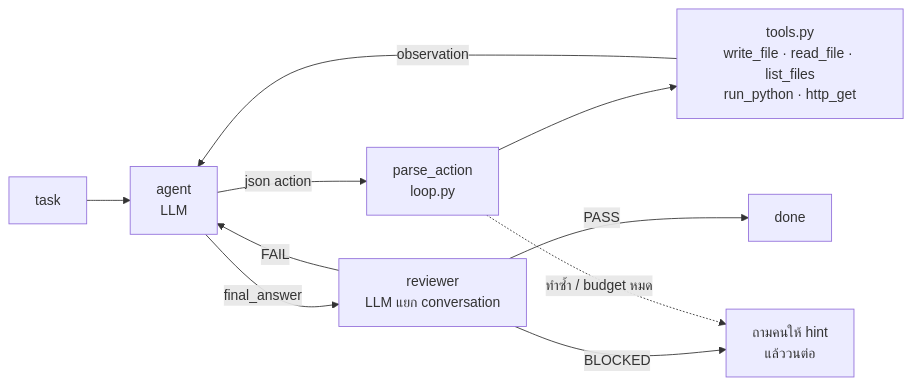
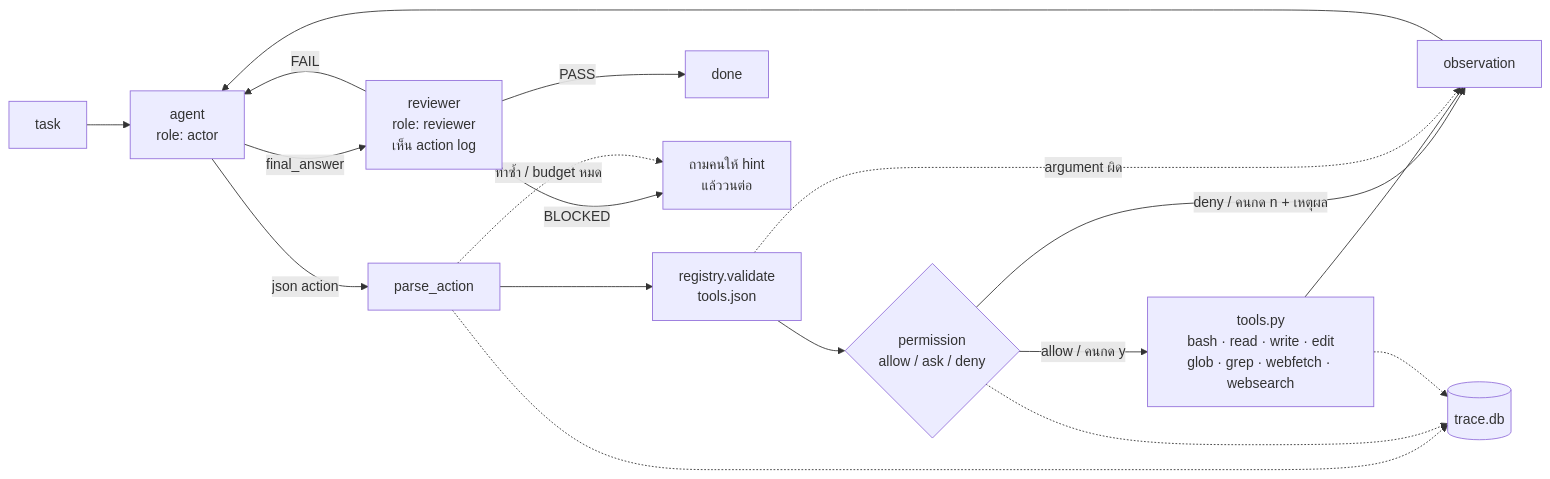
Before and after one commit to NithichoteC/mini-agent: the diagram in README.md, drawn with Mermaid. The commit also changed other lines of this file and 3 other files, not shown here.

````diff
--- a/README.md
+++ b/README.md
@@ -9,12 +12,18 @@
 ```mermaid
 flowchart LR
-    T[task] --> M[agent<br/>LLM]
-    M -->|json action| P[parse_action<br/>loop.py]
-    P --> X[tools.py<br/>write_file · read_file · list_files<br/>run_python · http_get]
-    X -->|observation| M
-    M -->|final_answer| R[reviewer<br/>LLM แยก conversation]
+    T[task] --> M[agent<br/>role: actor]
+    M -->|json action| P[parse_action]
+    P --> V[registry.validate<br/>tools.json]
+    V --> G{permission<br/>allow / ask / deny}
+    G -->|allow / คนกด y| X[tools.py<br/>bash · read · write · edit<br/>glob · grep · webfetch · websearch]
+    G -->|deny / คนกด n + เหตุผล| O
+    X --> O[observation]
+    O --> M
+    V -.->|argument ผิด| O
+    P & G & X -.-> TR[(trace.db)]
+    M -->|final_answer| R[reviewer<br/>role: reviewer<br/>เห็น action log]
     R -->|PASS| D[done]
     R -->|FAIL| M
     R -->|BLOCKED| H[ถามคนให้ hint<br/>แล้ววนต่อ]
     P -.->|ทำซ้ำ / budget หมด| H
 ```
````
